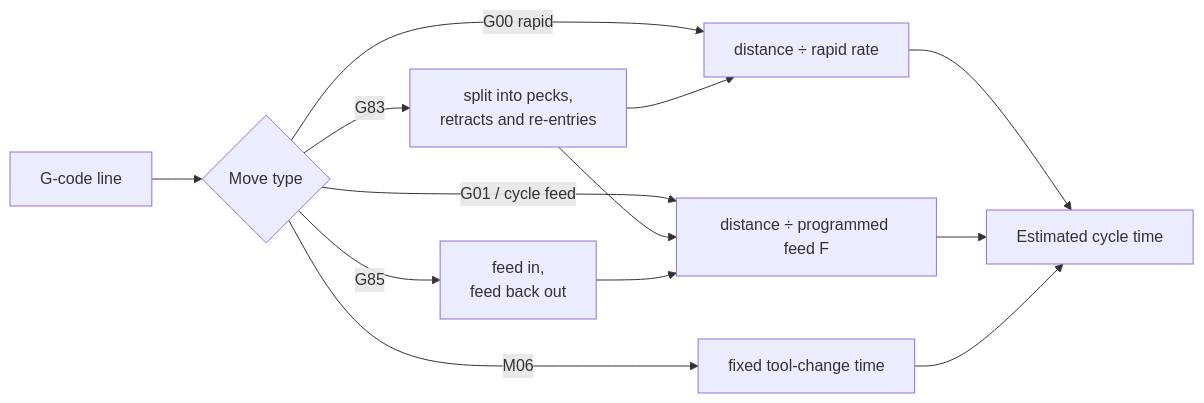
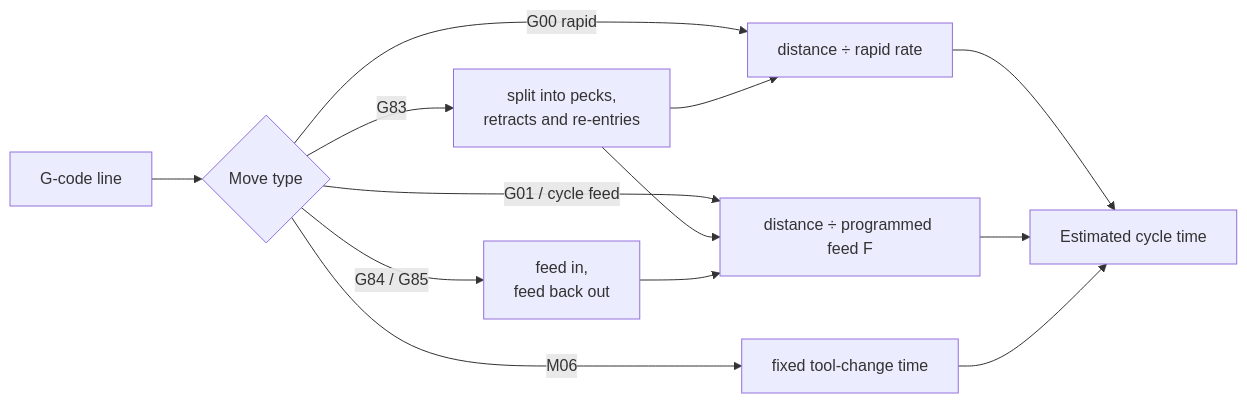
The fourth of 6 diagrams in docs/HOW-IT-WORKS.md (rrhodeswebdev/hole-cam), drawn with Mermaid before and after one commit. The commit also changed other lines of this file and 43 other files, not shown here.

````diff
--- a/docs/HOW-IT-WORKS.md
+++ b/docs/HOW-IT-WORKS.md
@@ -205,10 +246,10 @@
 ```mermaid
 flowchart LR
     line["G-code line"] --> kind{Move type}
     kind -->|"G00 rapid"| rapid["distance ÷ rapid rate"]
     kind -->|"G01 / cycle feed"| feed["distance ÷ programmed feed F"]
     kind -->|"M06"| tc["fixed tool-change time"]
     kind -->|"G83"| pecks["split into pecks,<br/>retracts and re-entries"] --> rapid & feed
-    kind -->|"G85"| out["feed in,<br/>feed back out"] --> feed
+    kind -->|"G84 / G85"| out["feed in,<br/>feed back out"] --> feed
     rapid & feed & tc --> sum["Estimated cycle time"]
 ```
````
